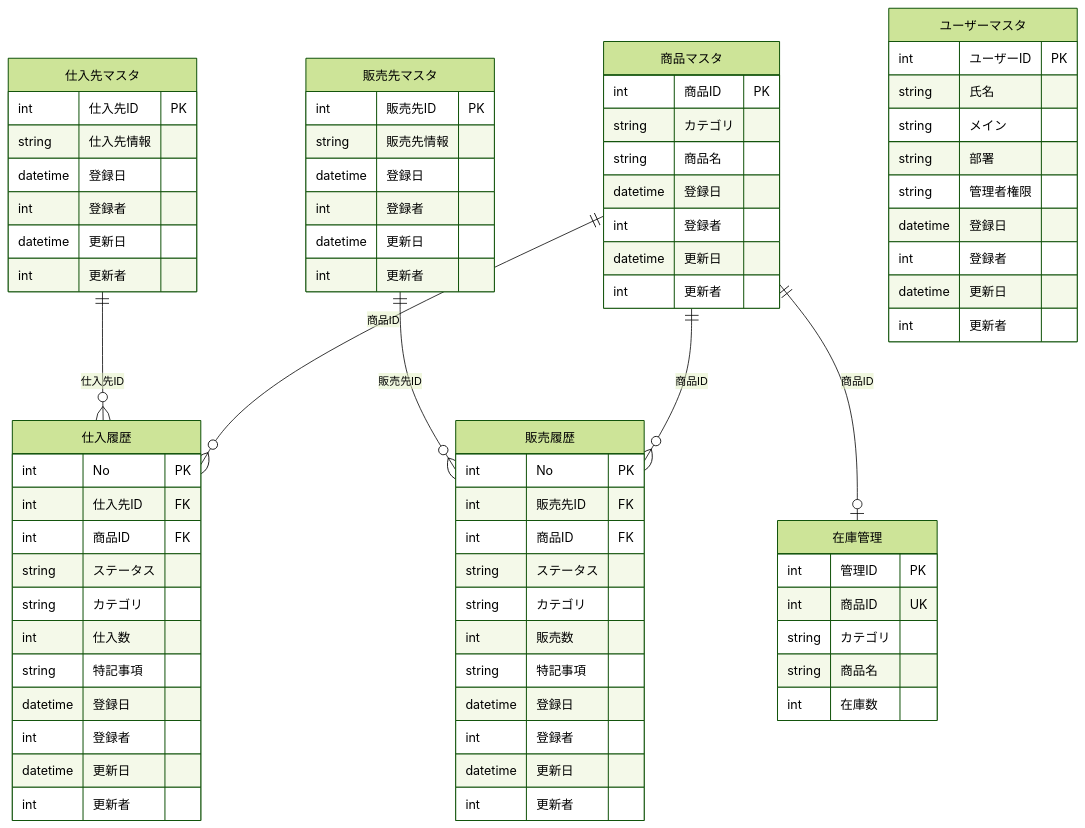
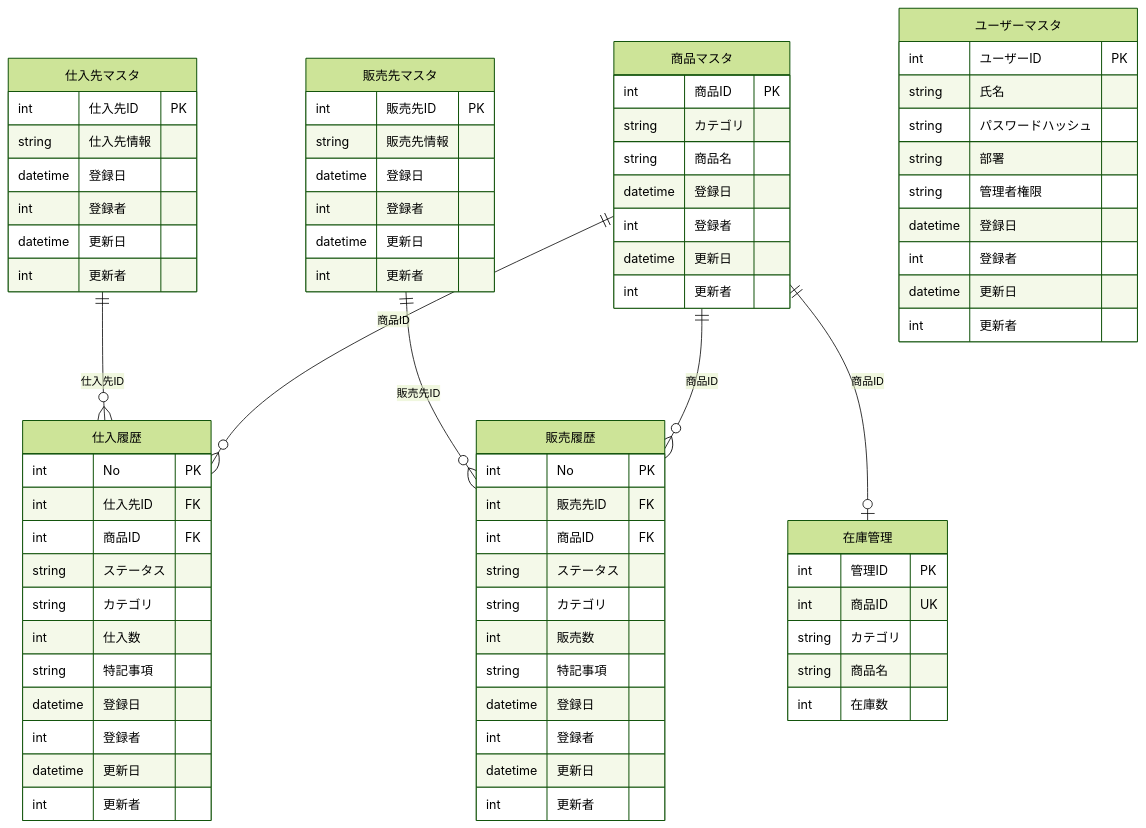
One commit to Natsu0u0/product-inventory-management changed the diagram in README.md. Above: the diagram before and after it, drawn with Mermaid (forest theme). The commit also changed other lines of this file and 5950 other files, not shown here.

```diff
--- a/README.md
+++ b/README.md
@@ -139,7 +152,7 @@
     ユーザーマスタ {
         int ユーザーID PK
         string 氏名
-        string メイン
+        string パスワードハッシュ
         string 部署
         string 管理者権限
         datetime 登録日
```
